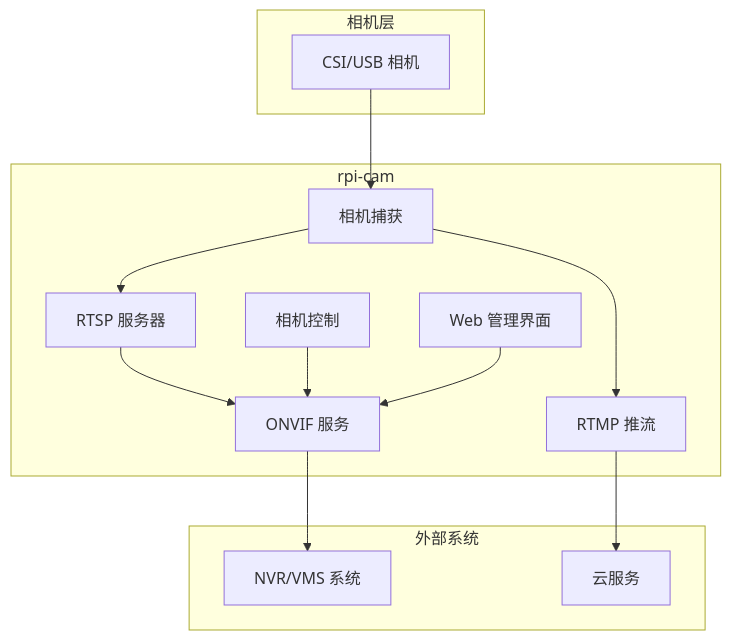
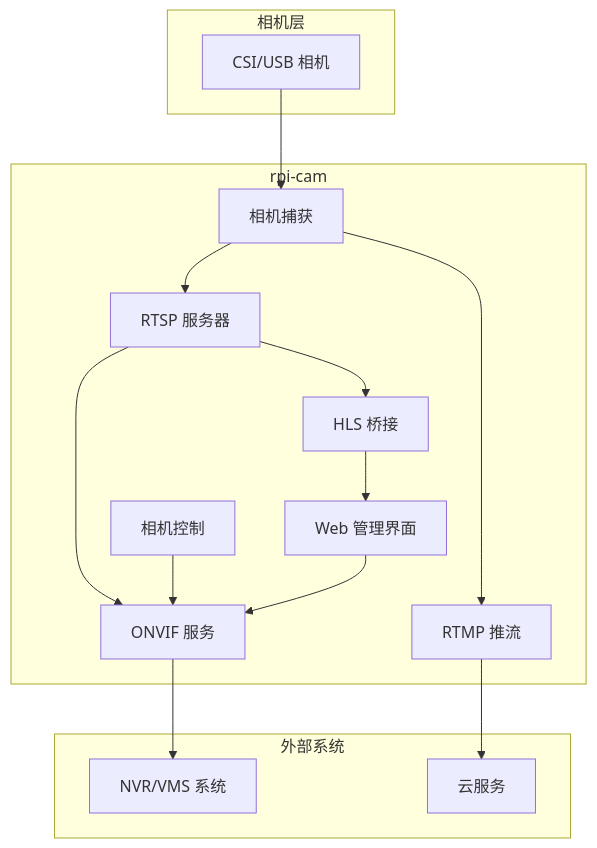
Before and after one commit to Mi-Bee-Studio/raspberrypi-camera: the diagram in README.md, drawn with Mermaid. The commit also changed other lines of this file and 24 other files, not shown here.

````diff
--- a/README.md
+++ b/README.md
@@ -112,29 +115,32 @@
 ```mermaid
 flowchart TB
     subgraph 相机层
         CAM["CSI/USB 相机"]
     end
 
     subgraph rpi-cam
         CAP["相机捕获"]
         RTSP["RTSP 服务器"]
+        HLS["HLS 桥接"]
         ONVIF["ONVIF 服务"]
         RTMP["RTMP 推流"]
         CTRL["相机控制"]
         WEBUI["Web 管理界面"]
     end
 
     subgraph 外部系统
         NVR["NVR/VMS 系统"]
         CLOUD["云服务"]
     end
 
     CAM --> CAP
     CAP --> RTSP
     CAP --> RTMP
     RTSP --> ONVIF
+    RTSP --> HLS
+    HLS --> WEBUI
     CTRL --> ONVIF
     WEBUI --> ONVIF
     ONVIF --> NVR
     RTMP --> CLOUD
 ```
````
